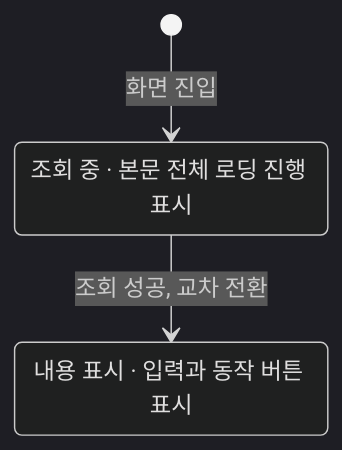
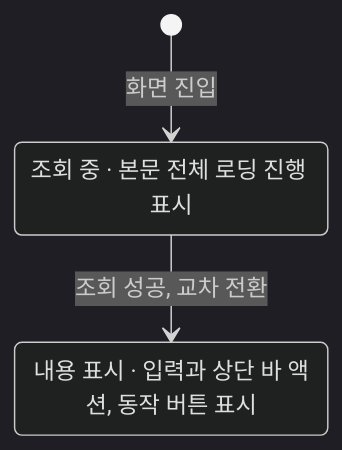
Before and after one commit to taetae98coding/DiaryKMP: the diagram in docs/design/contact-detail.md, drawn with Mermaid (dark theme). The commit also changed other lines of this file and 28 other files, not shown here.

````diff
--- a/docs/design/contact-detail.md
+++ b/docs/design/contact-detail.md
@@ -53,8 +67,8 @@
 ```mermaid
 stateDiagram-v2
     Loading: 조회 중 · 본문 전체 로딩 진행 표시
-    Content: 내용 표시 · 입력과 동작 버튼 표시
+    Content: 내용 표시 · 입력과 상단 바 액션, 동작 버튼 표시
 
     [*] --> Loading: 화면 진입
     Loading --> Content: 조회 성공, 교차 전환
 ```
````
